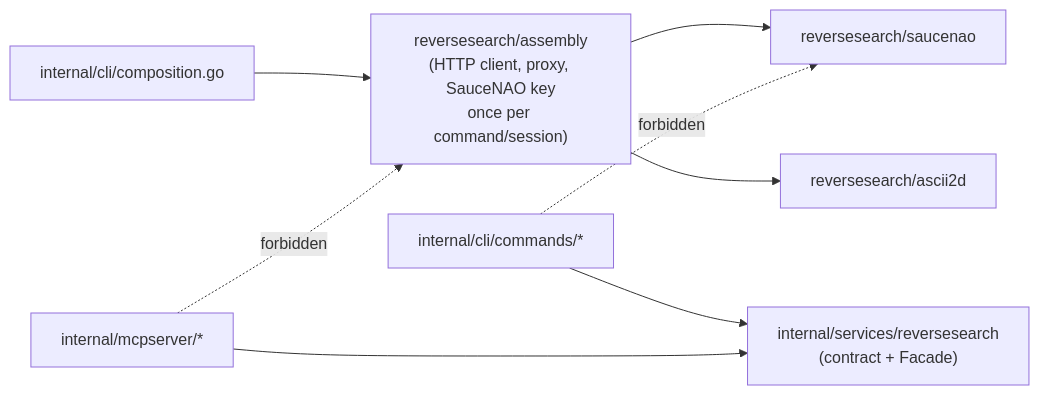
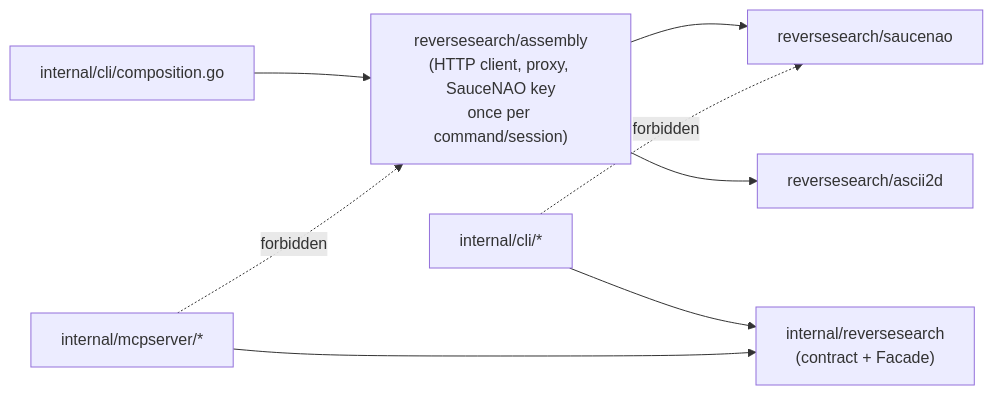
Before and after one commit to FlanChanXwO/pixiv-cli: the third of 5 diagrams in docs/en/maintainers/architecture.md, drawn with Mermaid. The commit also changed other lines of this file and 708 other files, not shown here.

````diff
--- a/docs/en/maintainers/architecture.md
+++ b/docs/en/maintainers/architecture.md
@@ -149,10 +149,10 @@
 ```mermaid
 flowchart LR
     COMP["internal/cli/composition.go"] --> ASM["reversesearch/assembly<br/>(HTTP client, proxy, SauceNAO key<br/>once per command/session)"]
     ASM --> SN["reversesearch/saucenao"]
     ASM --> A2["reversesearch/ascii2d"]
-    CMDS["internal/cli/commands/*"] --> TOP["internal/services/reversesearch<br/>(contract + Facade)"]
+    CMDS["internal/cli/*"] --> TOP["internal/reversesearch<br/>(contract + Facade)"]
     MCPS["internal/mcpserver/*"] --> TOP
     CMDS -.->|forbidden| SN
     MCPS -.->|forbidden| ASM
 ```
````
